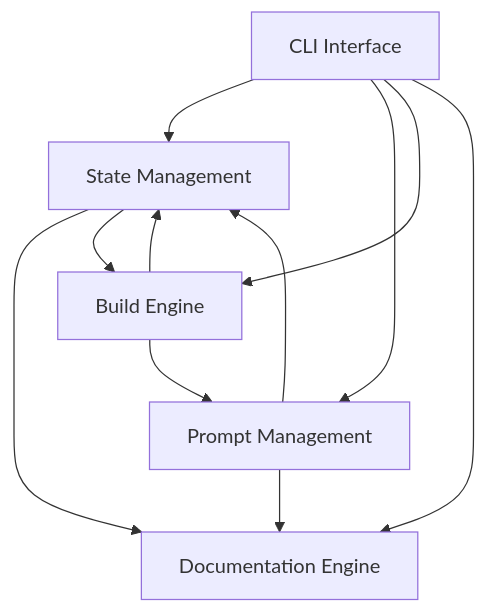
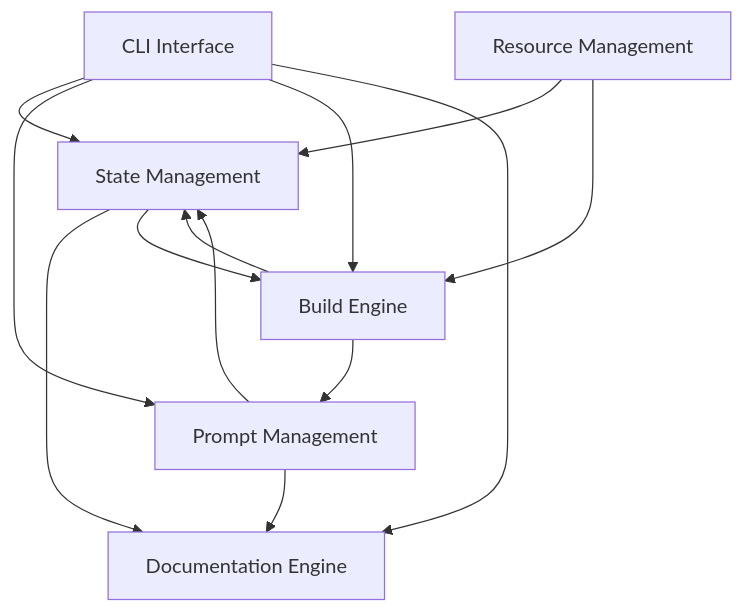
The diagram in docs/INTEGRATION.md (Bakobiibizo/build-system), drawn with Mermaid before and after one commit. The commit also changed other lines of this file and 5 other files, not shown here.

````diff
--- a/docs/INTEGRATION.md
+++ b/docs/INTEGRATION.md
@@ -6,13 +6,15 @@
 ```mermaid
 graph TD
     State[State Management] --> Doc[Documentation Engine]
     State --> Build[Build Engine]
     Prompt[Prompt Management] --> State
     Prompt --> Doc
     Build --> State
     Build --> Prompt
     CLI[CLI Interface] --> State
     CLI --> Prompt
     CLI --> Build
     CLI --> Doc
+    Resource[Resource Management] --> State
+    Resource --> Build
 ```
````
